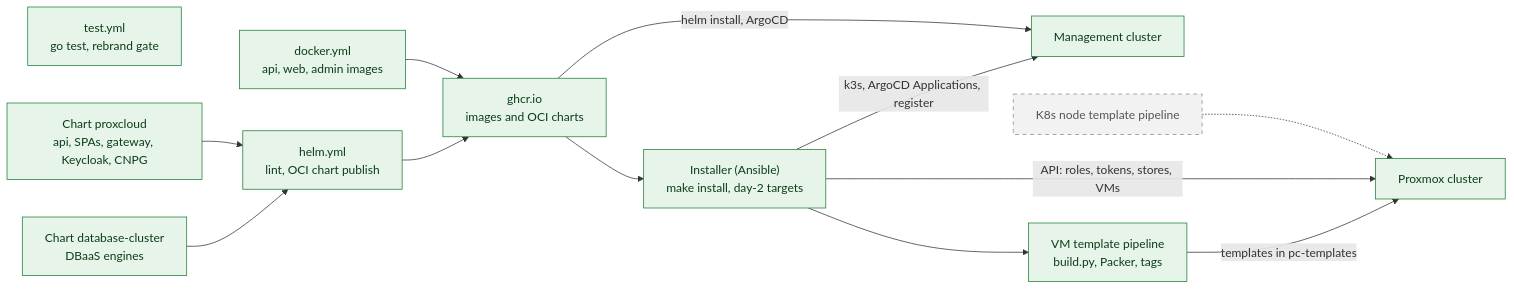
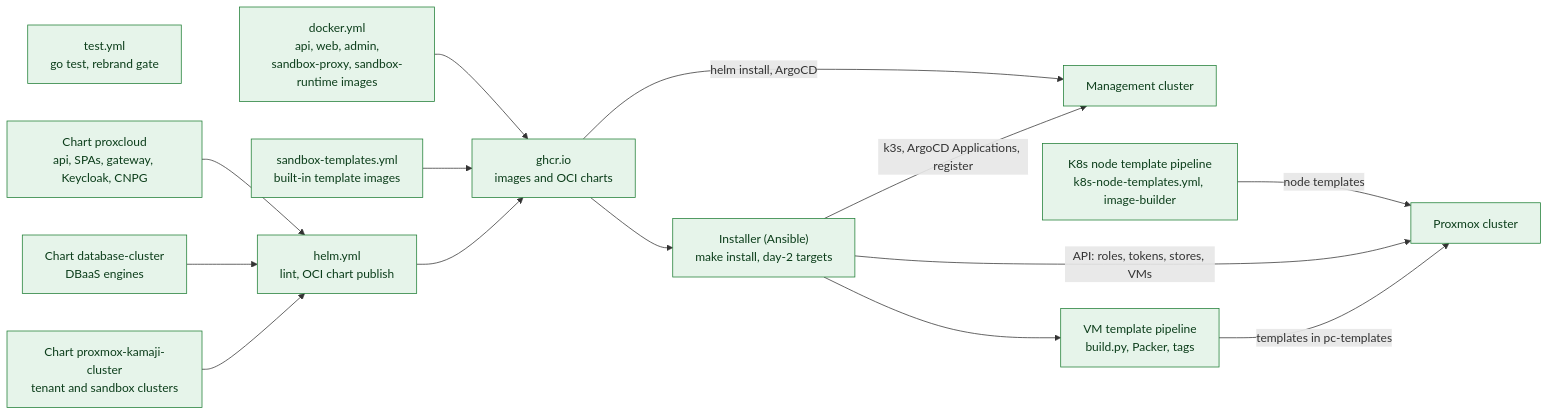
The third of 3 diagrams in docs/architecture/c4/c2-containers.md (mutex-solutions/proxcloud), drawn with Mermaid before and after one commit. The commit also changed other lines of this file and 43 other files, not shown here.

First line of the commit message:
docs: bring operator, architecture and in-app docs up to date

````diff
--- a/docs/architecture/c4/c2-containers.md
+++ b/docs/architecture/c4/c2-containers.md
@@ -209,29 +213,33 @@
 ```mermaid
 flowchart LR
   classDef impl fill:#e6f4ea,stroke:#1e7e34,color:#0b3d1a
   classDef planned fill:#f2f2f2,stroke:#8a8a8a,stroke-dasharray:5 5,color:#555555
 
   test["test.yml<br/>go test, rebrand gate"]:::impl
-  docker["docker.yml<br/>api, web, admin images"]:::impl
+  docker["docker.yml<br/>api, web, admin,<br/>sandbox-proxy, sandbox-runtime images"]:::impl
+  sbxt["sandbox-templates.yml<br/>built-in template images"]:::impl
   helm["helm.yml<br/>lint, OCI chart publish"]:::impl
   ghcr["ghcr.io<br/>images and OCI charts"]:::impl
   chart["Chart proxcloud<br/>api, SPAs, gateway, Keycloak, CNPG"]:::impl
   dbchart["Chart database-cluster<br/>DBaaS engines"]:::impl
+  k8schart["Chart proxmox-kamaji-cluster<br/>tenant and sandbox clusters"]:::impl
   inst["Installer (Ansible)<br/>make install, day-2 targets"]:::impl
   vmt["VM template pipeline<br/>build.py, Packer, tags"]:::impl
-  k8st["K8s node template pipeline"]:::planned
+  k8st["K8s node template pipeline<br/>k8s-node-templates.yml, image-builder"]:::impl
   mgmt["Management cluster"]:::impl
   pve["Proxmox cluster"]:::impl
 
   docker --> ghcr
+  sbxt --> ghcr
   helm --> ghcr
   chart --> helm
   dbchart --> helm
+  k8schart --> helm
   ghcr -->|"helm install, ArgoCD"| mgmt
   ghcr --> inst
   inst -->|"k3s, ArgoCD Applications, register"| mgmt
   inst -->|"API: roles, tokens, stores, VMs"| pve
   inst --> vmt
   vmt -->|"templates in pc-templates"| pve
-  k8st -.-> pve
+  k8st -->|"node templates"| pve
 ```
````
